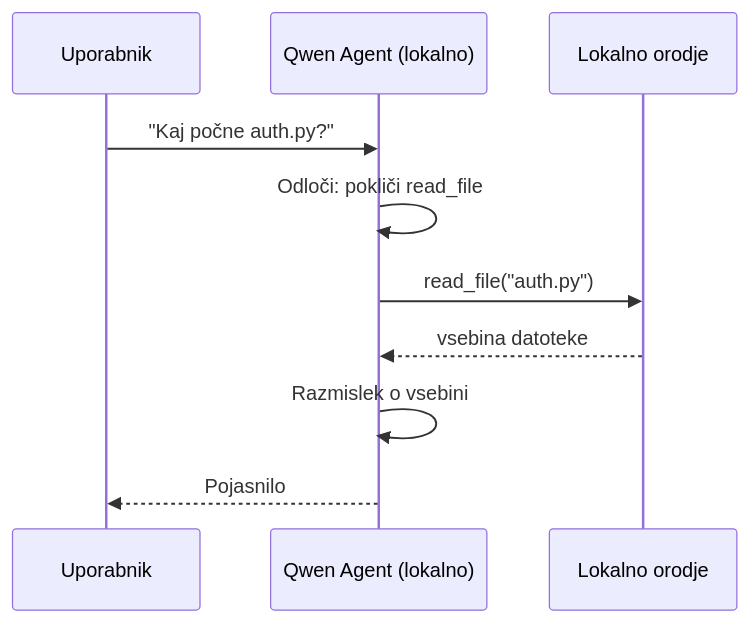
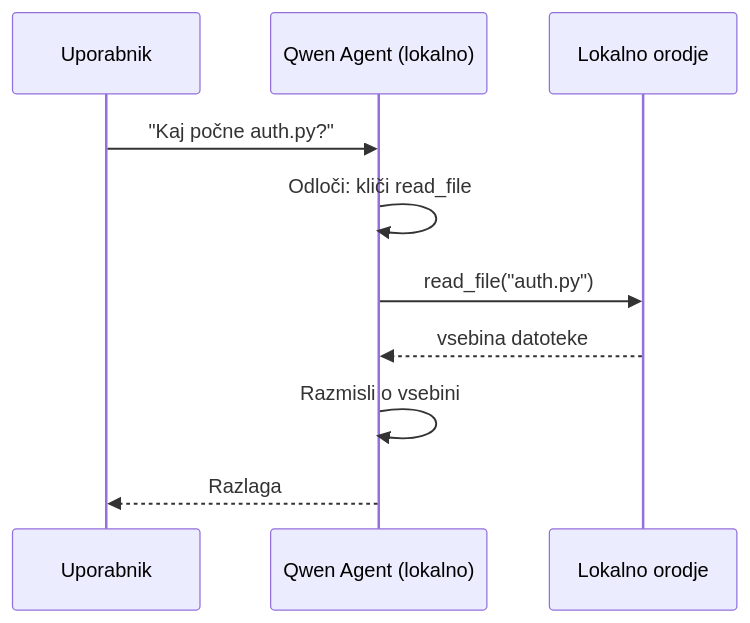
Before and after one commit to microsoft/ai-agents-for-beginners: the second of 4 diagrams in translations/sl/17-creating-local-ai-agents/README.md, drawn with Mermaid. The commit also changed other lines of this file and 47 other files, not shown here.

````diff
--- a/translations/sl/17-creating-local-ai-agents/README.md
+++ b/translations/sl/17-creating-local-ai-agents/README.md
@@ -106,12 +106,12 @@
 ```mermaid
 sequenceDiagram
     participant U as Uporabnik
     participant A as Qwen Agent (lokalno)
     participant T as Lokalno orodje
     U->>A: "Kaj počne auth.py?"
-    A->>A: Odloči: pokliči read_file
+    A->>A: Odloči: kliči read_file
     A->>T: read_file("auth.py")
     T-->>A: vsebina datoteke
-    A->>A: Razmislek o vsebini
-    A-->>U: Pojasnilo
+    A->>A: Razmisli o vsebini
+    A-->>U: Razlaga
 ```
````
